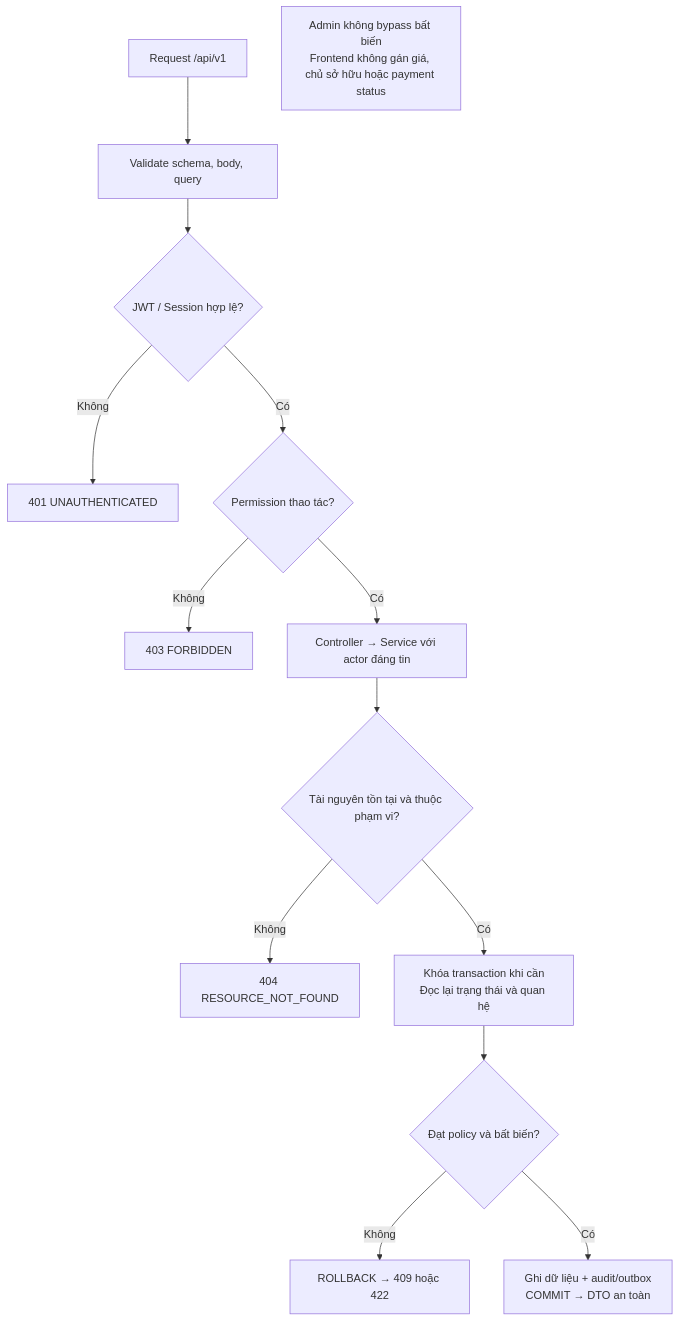
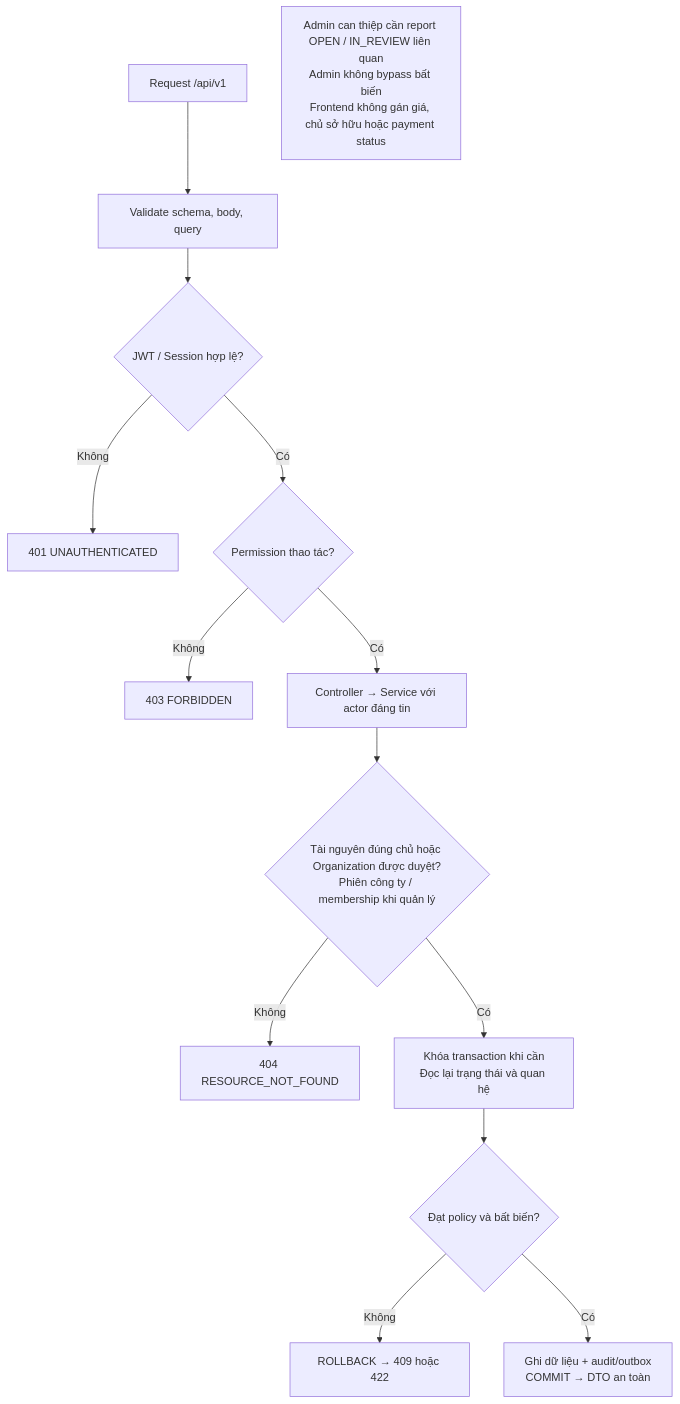
Before and after one commit to TienTrn05/Event_booking_ticket: the diagram in docs/diagrams/18-authorization.mmd, drawn with Mermaid. The commit also changed 56 other files, not shown here.

```diff
--- a/docs/diagrams/18-authorization.mmd
+++ b/docs/diagrams/18-authorization.mmd
@@ -1,14 +1,14 @@
 flowchart TD
     IN["Request /api/v1"] --> SCHEMA["Validate schema, body, query"]
     SCHEMA --> JWT{"JWT / Session hợp lệ?"}
     JWT -->|"Không"| E401["401 UNAUTHENTICATED"]
     JWT -->|"Có"| PERM{"Permission thao tác?"}
     PERM -->|"Không"| E403["403 FORBIDDEN"]
     PERM -->|"Có"| CTRL["Controller → Service với actor đáng tin"]
-    CTRL --> OWNER{"Tài nguyên tồn tại và thuộc phạm vi?"}
+    CTRL --> OWNER{"Tài nguyên đúng chủ hoặc Organization được duyệt?<br/>Phiên công ty / membership khi quản lý"}
     OWNER -->|"Không"| E404["404 RESOURCE_NOT_FOUND"]
     OWNER -->|"Có"| TX["Khóa transaction khi cần<br/>Đọc lại trạng thái và quan hệ"]
     TX --> RULE{"Đạt policy và bất biến?"}
     RULE -->|"Không"| ERR["ROLLBACK → 409 hoặc 422"]
     RULE -->|"Có"| OK["Ghi dữ liệu + audit/outbox<br/>COMMIT → DTO an toàn"]
-    NOTE["Admin không bypass bất biến<br/>Frontend không gán giá, chủ sở hữu hoặc payment status"]
+    NOTE["Admin can thiệp cần report OPEN / IN_REVIEW liên quan<br/>Admin không bypass bất biến<br/>Frontend không gán giá, chủ sở hữu hoặc payment status"]
```
